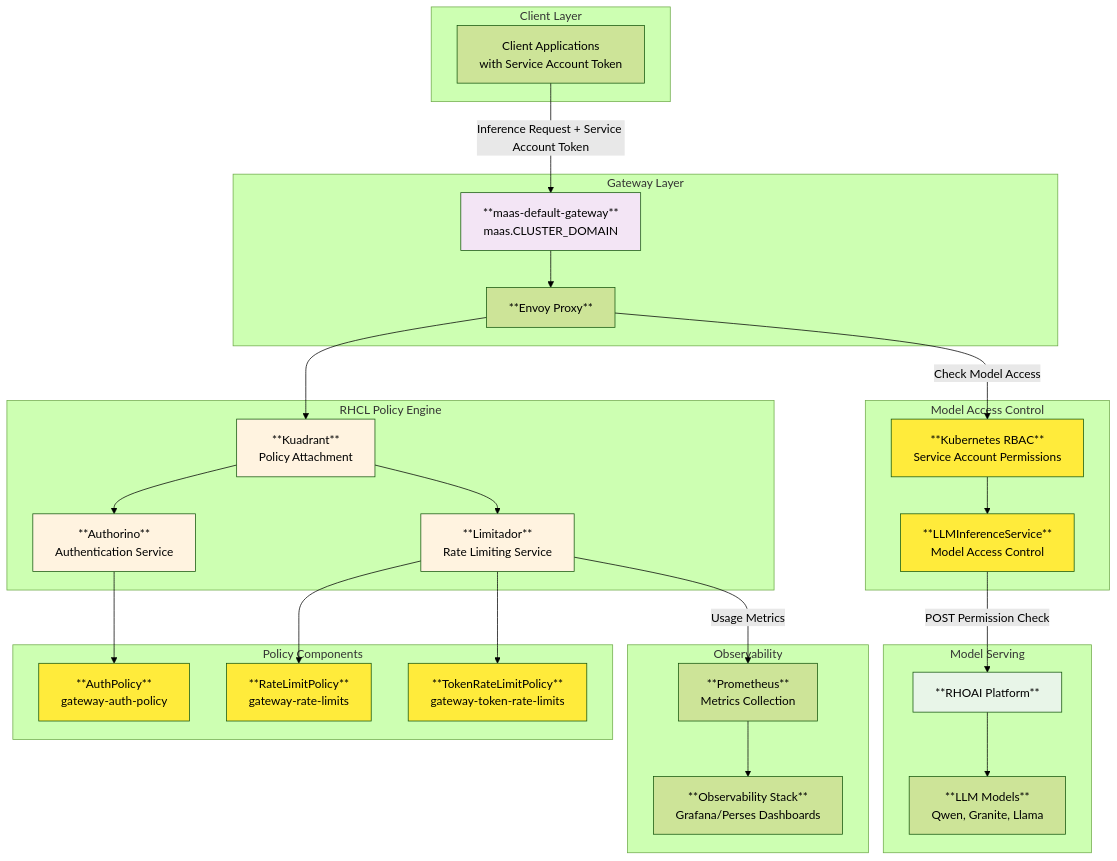
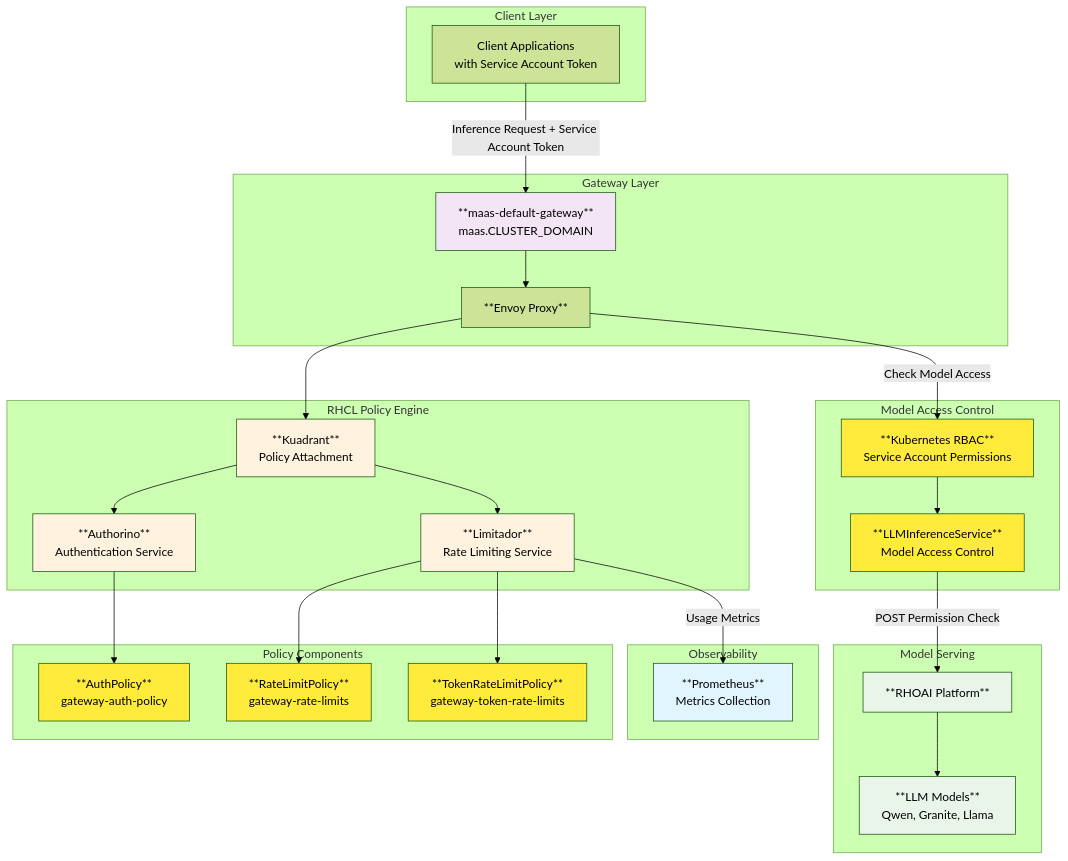
The third of 5 diagrams in docs/content/architecture.md (yossiovadia/maas-billing), drawn with Mermaid (forest theme) before and after one commit. The commit also changed other lines of this file and 1 other file, not shown here.

First line of the commit message:
docs: updating Architecture Docs (#182)

````diff
--- a/docs/content/architecture.md
+++ b/docs/content/architecture.md
@@ -127,68 +127,68 @@
 ```mermaid
 graph TB
     subgraph "Client Layer"
         Client[Client Applications<br/>with Service Account Token]
     end
     
     subgraph "Gateway Layer"
         GatewayAPI[**maas-default-gateway**<br/>maas.CLUSTER_DOMAIN]
         Envoy[**Envoy Proxy**]
     end
     
     subgraph "RHCL Policy Engine"
         Kuadrant[**Kuadrant**<br/>Policy Attachment]
         Authorino[**Authorino**<br/>Authentication Service]
         Limitador[**Limitador**<br/>Rate Limiting Service]
     end
     
     subgraph "Policy Components"
         AuthPolicy[**AuthPolicy**<br/>gateway-auth-policy]
         RateLimitPolicy[**RateLimitPolicy**<br/>gateway-rate-limits]
         TokenRateLimitPolicy[**TokenRateLimitPolicy**<br/>gateway-token-rate-limits]
     end
     
     subgraph "Model Access Control"
         RBAC[**Kubernetes RBAC**<br/>Service Account Permissions]
         LLMInferenceService[**LLMInferenceService**<br/>Model Access Control]
     end
     
     subgraph "Model Serving"
         RHOAI[**RHOAI Platform**]
         Models[**LLM Models**<br/>Qwen, Granite, Llama]
     end
     
     subgraph "Observability"
         Prometheus[**Prometheus**<br/>Metrics Collection]
-        Dashboards[**Observability Stack**<br/>Grafana/Perses Dashboards]
     end
     
     Client -->|Inference Request + Service Account Token| GatewayAPI
     GatewayAPI --> Envoy
     
     Envoy --> Kuadrant
     Kuadrant --> Authorino
     Kuadrant --> Limitador
     
     Authorino --> AuthPolicy
     Limitador --> RateLimitPolicy
     Limitador --> TokenRateLimitPolicy
     
     Envoy -->|Check Model Access| RBAC
     RBAC --> LLMInferenceService
     LLMInferenceService -->|POST Permission Check| RHOAI
     RHOAI --> Models
     
     Limitador -->|Usage Metrics| Prometheus
-    Prometheus --> Dashboards
     
     style GatewayAPI fill:#f3e5f5
     style Kuadrant fill:#fff3e0
     style Authorino fill:#fff3e0
     style Limitador fill:#fff3e0
     style AuthPolicy fill:#ffeb3b
     style RateLimitPolicy fill:#ffeb3b
     style TokenRateLimitPolicy fill:#ffeb3b
     style RBAC fill:#ffeb3b
     style LLMInferenceService fill:#ffeb3b
     style RHOAI fill:#e8f5e8
+    style Models fill:#e8f5e8
+    style Prometheus fill:#e1f5fe
 ```
````
